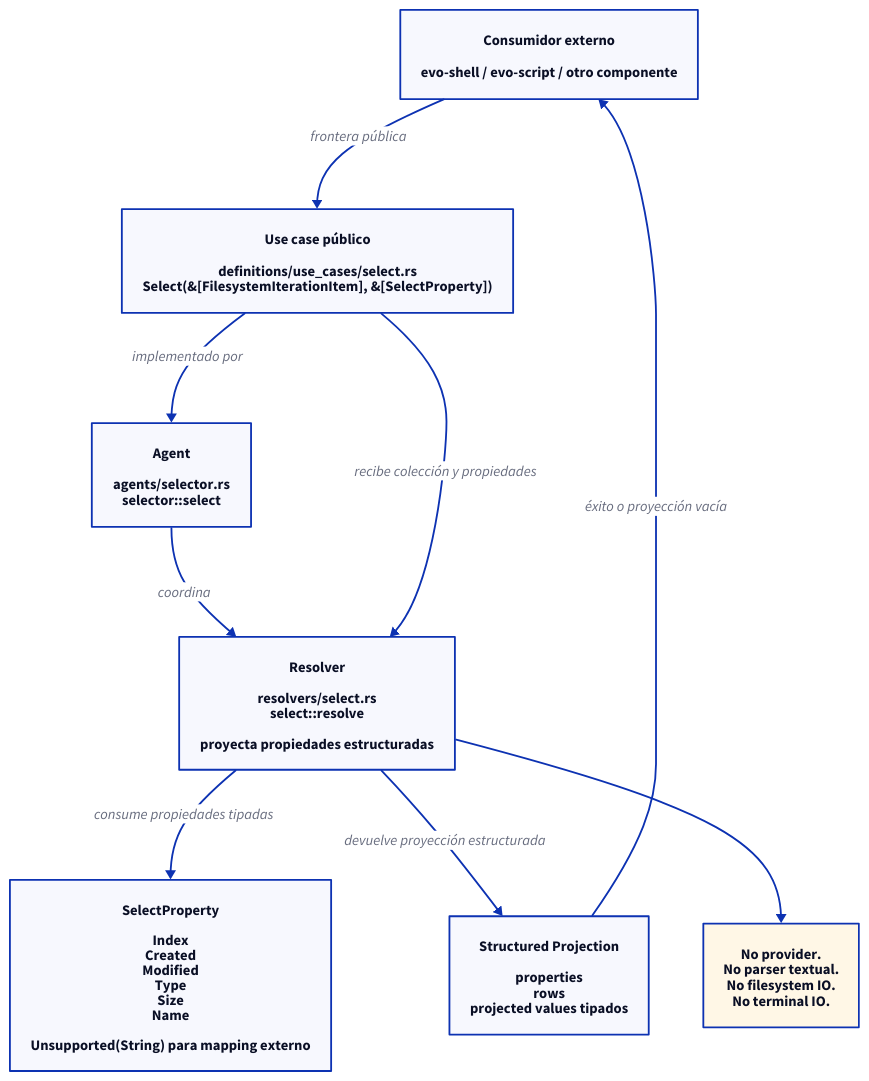
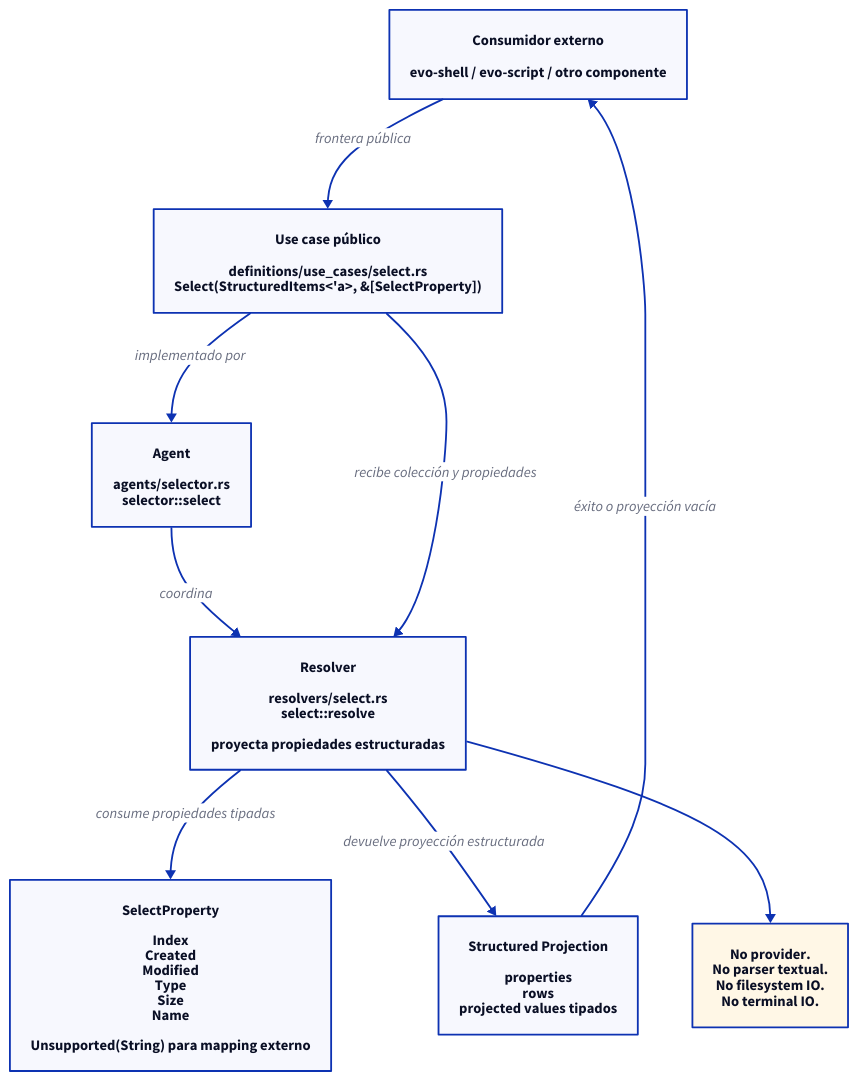
Before and after one commit to niqel/evolution: the diagram in evo-shell-engine/technical_documentation/use_cases/UC-005-select-structured-iteration-properties/architecture.d2, drawn with D2. The commit also changed 39 other files, not shown here.

Commit message:
feat: add structured iteration index and take

```diff
--- a/evo-shell-engine/technical_documentation/use_cases/UC-005-select-structured-iteration-properties/architecture.d2
+++ b/evo-shell-engine/technical_documentation/use_cases/UC-005-select-structured-iteration-properties/architecture.d2
@@ -1,40 +1,40 @@
 direction: down
 
 consumer: "Consumidor externo\n\nevo-shell / evo-script / otro componente" {
   shape: rectangle
 }
 
-use_case: "Use case público\n\ndefinitions/use_cases/select.rs\nSelect(&[FilesystemIterationItem], &[SelectProperty])" {
+use_case: "Use case público\n\ndefinitions/use_cases/select.rs\nSelect(StructuredItems<'a>, &[SelectProperty])" {
   shape: rectangle
 }
 
 agent: "Agent\n\nagents/selector.rs\nselector::select" {
   shape: rectangle
 }
 
 resolver: "Resolver\n\nresolvers/select.rs\nselect::resolve\n\nproyecta propiedades estructuradas" {
   shape: rectangle
 }
 
 projection: "Structured Projection\n\nproperties\nrows\nprojected values tipados" {
   shape: rectangle
 }
 
 properties: "SelectProperty\n\nIndex\nCreated\nModified\nType\nSize\nName\n\nUnsupported(String) para mapping externo" {
   shape: rectangle
 }
 
 consumer -> use_case: "frontera pública"
 use_case -> agent: "implementado por"
 agent -> resolver: "coordina"
 use_case -> resolver: "recibe colección y propiedades"
 resolver -> properties: "consume propiedades tipadas"
 resolver -> projection: "devuelve proyección estructurada"
 projection -> consumer: "éxito o proyección vacía"
 
 note: "No provider.\nNo parser textual.\nNo filesystem IO.\nNo terminal IO." {
   shape: rectangle
   style.fill: "#fff7e6"
 }
 
 resolver -> note
```
